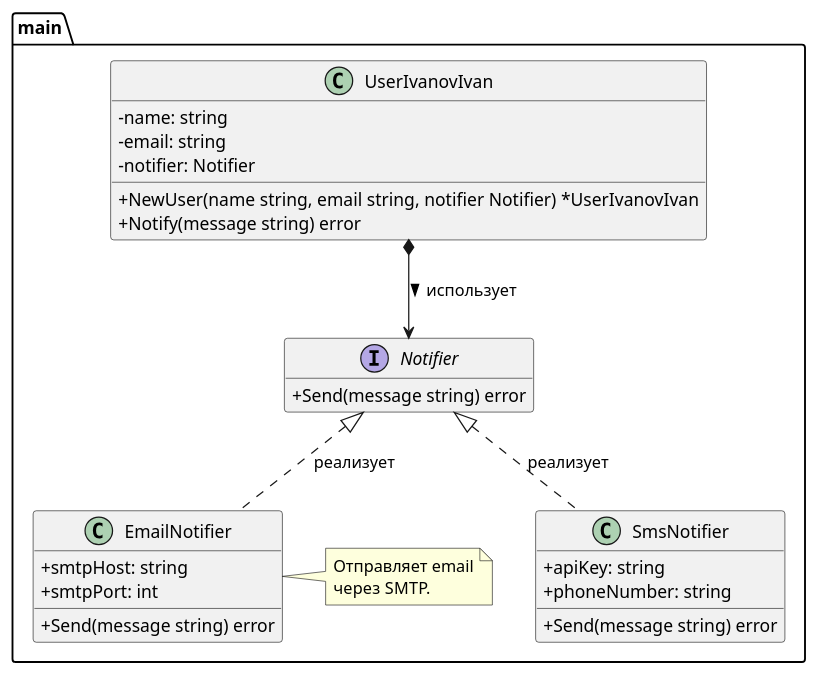
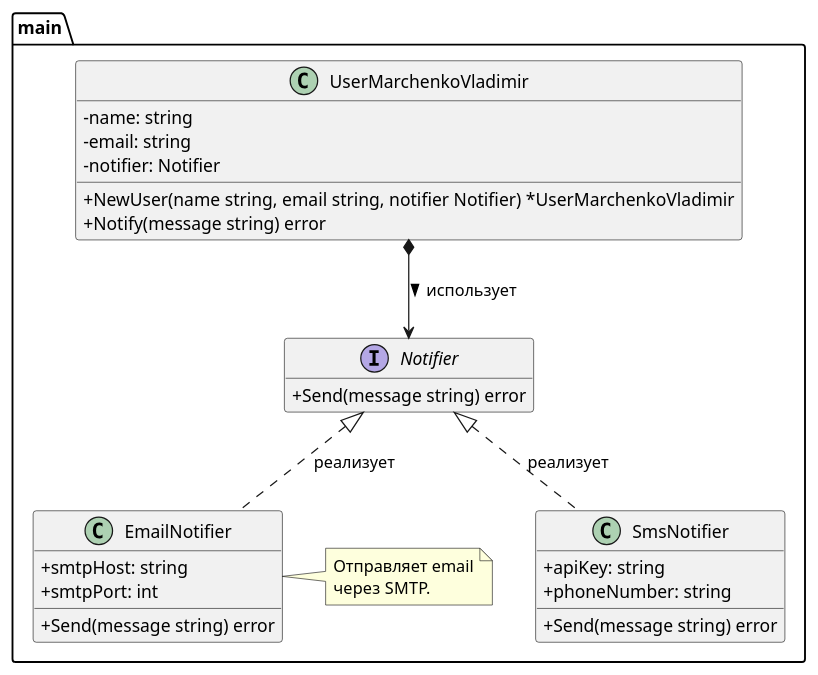
One commit to MarchVD/BISO-Marchenko_Vladimir changed the diagram in docs/schema.puml. Above: the diagram before and after it, drawn with PlantUML. The commit also changed 2 other files, not shown here.

```diff
--- a/docs/schema.puml
+++ b/docs/schema.puml
@@ -1,46 +1,46 @@
-@startuml
+@startuml schema
 ' Стиль для Go
 skinparam classAttributeIconSize 0
 hide empty members
 
 ' Определяем наш пакет main
 package main {
 
   ' Интерфейс
   interface Notifier {
     +Send(message string) error
   }
 
   ' Структуры, реализующие интерфейс
   class EmailNotifier {
     +smtpHost: string
     +smtpPort: int
     +Send(message string) error
   }
   note right of EmailNotifier
     Отправляет email
     через SMTP.
   end note
 
   class SmsNotifier {
     +apiKey: string
     +phoneNumber: string
     +Send(message string) error
   }
 
-  ' Структура UserIvanovIvan, которая зависит от Notifier
-  class UserIvanovIvan {
+  ' Структура UserMarchenkoVladimir, которая зависит от Notifier
+  class UserMarchenkoVladimir {
     -name: string
     -email: string
     -notifier: Notifier
-    +NewUser(name string, email string, notifier Notifier) *UserIvanovIvan
+    +NewUser(name string, email string, notifier Notifier) *UserMarchenkoVladimir
     +Notify(message string) error
   }
 
   ' Связи
   Notifier <|.. EmailNotifier : реализует
   Notifier <|.. SmsNotifier : реализует
-  UserIvanovIvan *--> Notifier : использует >
+  UserMarchenkoVladimir *--> Notifier : использует >
 
 }
 @enduml
```
